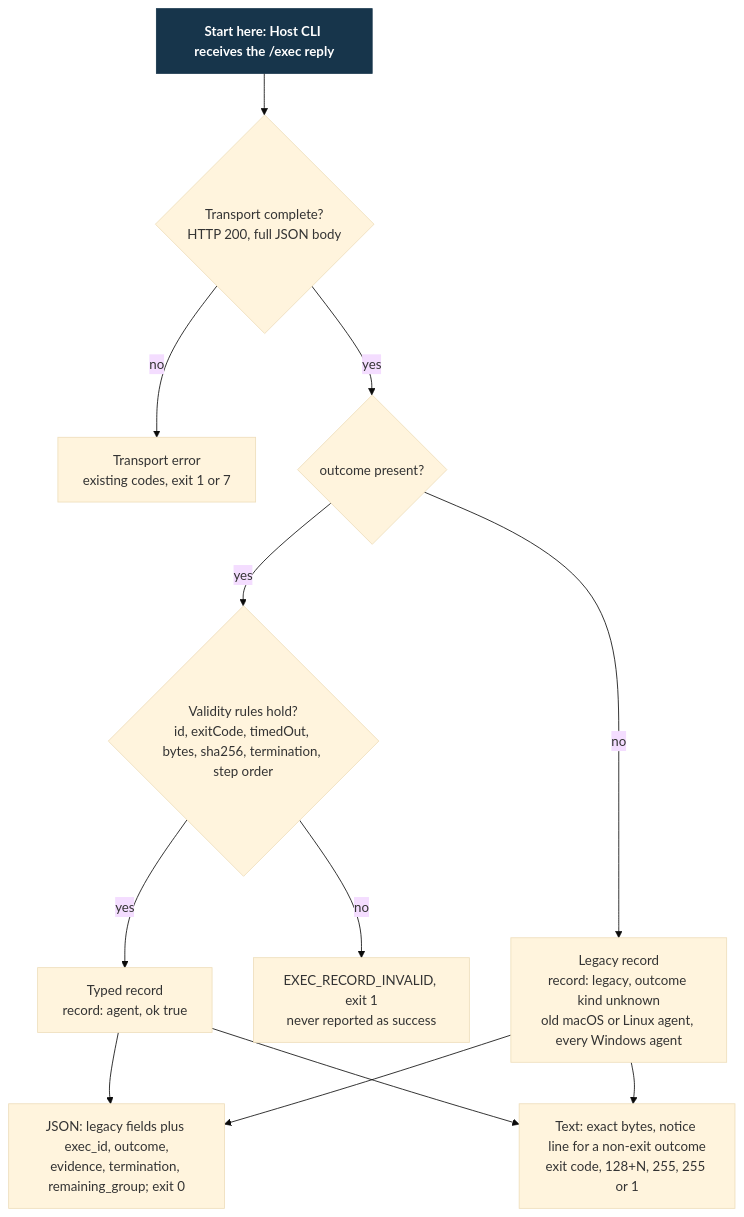
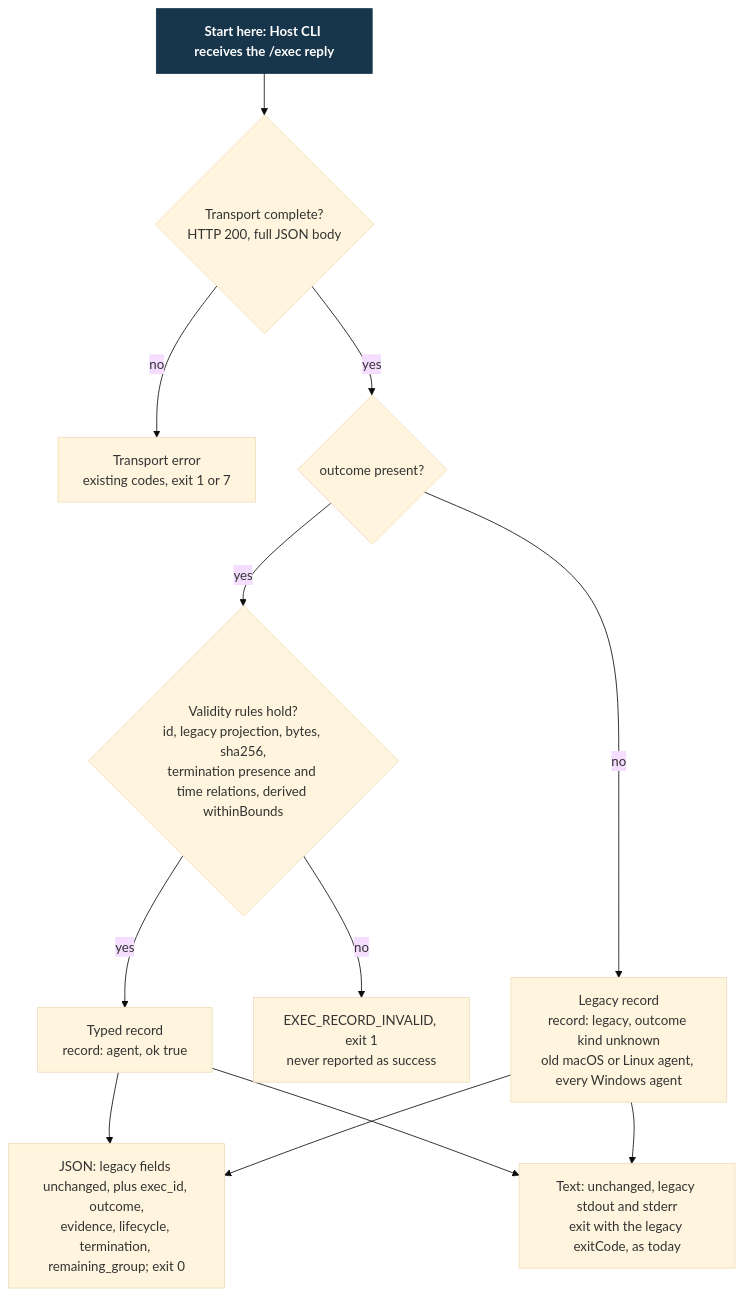
Before and after one commit to Linkuistics/TestAnyware: the diagram in docs/design/guest-command-lifecycle/read-record.mmd, drawn with Mermaid (base theme). The commit also changed 10 other files, not shown here.

First line of the commit message:
lifecycle-evidence-k215: integrate review k214 and repair the lifecycle design

```diff
--- a/docs/design/guest-command-lifecycle/read-record.mmd
+++ b/docs/design/guest-command-lifecycle/read-record.mmd
@@ -1,23 +1,23 @@
 flowchart TB
   S["Start here: Host CLI receives the /exec reply"]:::start
   T{"Transport complete?<br/>HTTP 200, full JSON body"}
   X["Transport error<br/>existing codes, exit 1 or 7"]
   O{"outcome present?"}
   LG["Legacy record<br/>record: legacy, outcome kind unknown<br/>old macOS or Linux agent, every Windows agent"]
-  V{"Validity rules hold?<br/>id, exitCode, timedOut, bytes, sha256, termination, step order"}
+  V{"Validity rules hold?<br/>id, legacy projection, bytes, sha256,<br/>termination presence and time relations, derived withinBounds"}
   BAD["EXEC_RECORD_INVALID, exit 1<br/>never reported as success"]
   OK["Typed record<br/>record: agent, ok true"]
-  J["JSON: legacy fields plus exec_id, outcome,<br/>evidence, termination, remaining_group; exit 0"]
-  TX["Text: exact bytes, notice line for a non-exit outcome<br/>exit code, 128+N, 255, 255 or 1"]
+  J["JSON: legacy fields unchanged, plus exec_id, outcome,<br/>evidence, lifecycle, termination, remaining_group; exit 0"]
+  TX["Text: unchanged, legacy stdout and stderr<br/>exit with the legacy exitCode, as today"]
   S --> T
   T -->|no| X
   T -->|yes| O
   O -->|no| LG
   O -->|yes| V
   V -->|no| BAD
   V -->|yes| OK
   OK --> J
   OK --> TX
   LG --> J
   LG --> TX
   classDef start fill:#17354b,color:#fff,stroke:#17354b,font-weight:bold
```
